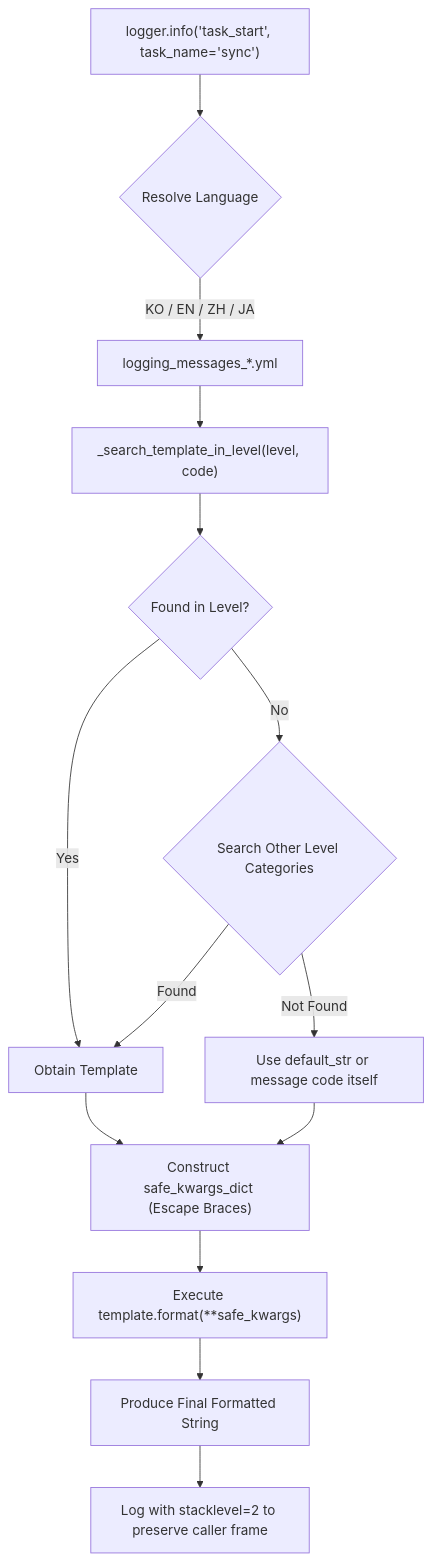
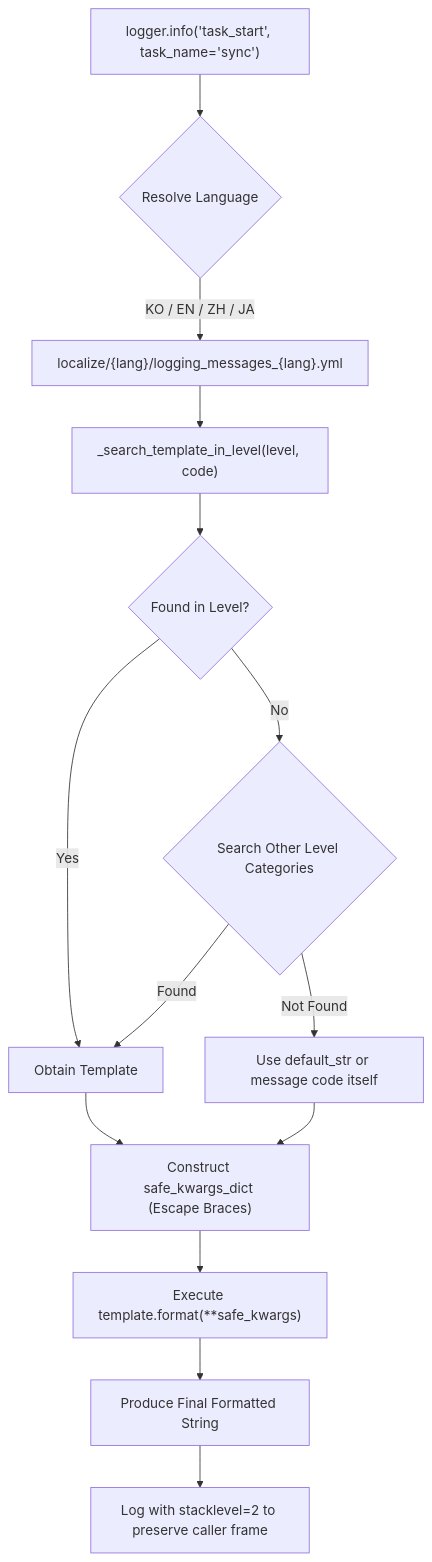
One commit to kampores/agent_common changed the diagram in manual/en/logger/03_multilingual_message_catalog_en.md. Above: the diagram before and after it, drawn with Mermaid. The commit also changed other lines of this file and 49 other files, not shown here.

````diff
--- a/manual/en/logger/03_multilingual_message_catalog_en.md
+++ b/manual/en/logger/03_multilingual_message_catalog_en.md
@@ -23,18 +23,18 @@
 ```mermaid
 flowchart TD
     A["logger.info('task_start', task_name='sync')"] --> B{"Resolve Language"}
-    B -->|"KO / EN / ZH / JA"| C["logging_messages_*.yml"]
+    B -->|"KO / EN / ZH / JA"| C["localize/{lang}/logging_messages_{lang}.yml"]
     
     C --> E["_search_template_in_level(level, code)"]
     E --> F{"Found in Level?"}
     F -->|"Yes"| G["Obtain Template"]
     F -->|"No"| H{"Search Other Level Categories"}
     H -->|"Found"| G
     H -->|"Not Found"| I["Use default_str or message code itself"]
     
     G --> J["Construct safe_kwargs_dict (Escape Braces)"]
     I --> J
     J --> K["Execute template.format(**safe_kwargs)"]
     K --> L["Produce Final Formatted String"]
     L --> M["Log with stacklevel=2 to preserve caller frame"]
 ```
````
